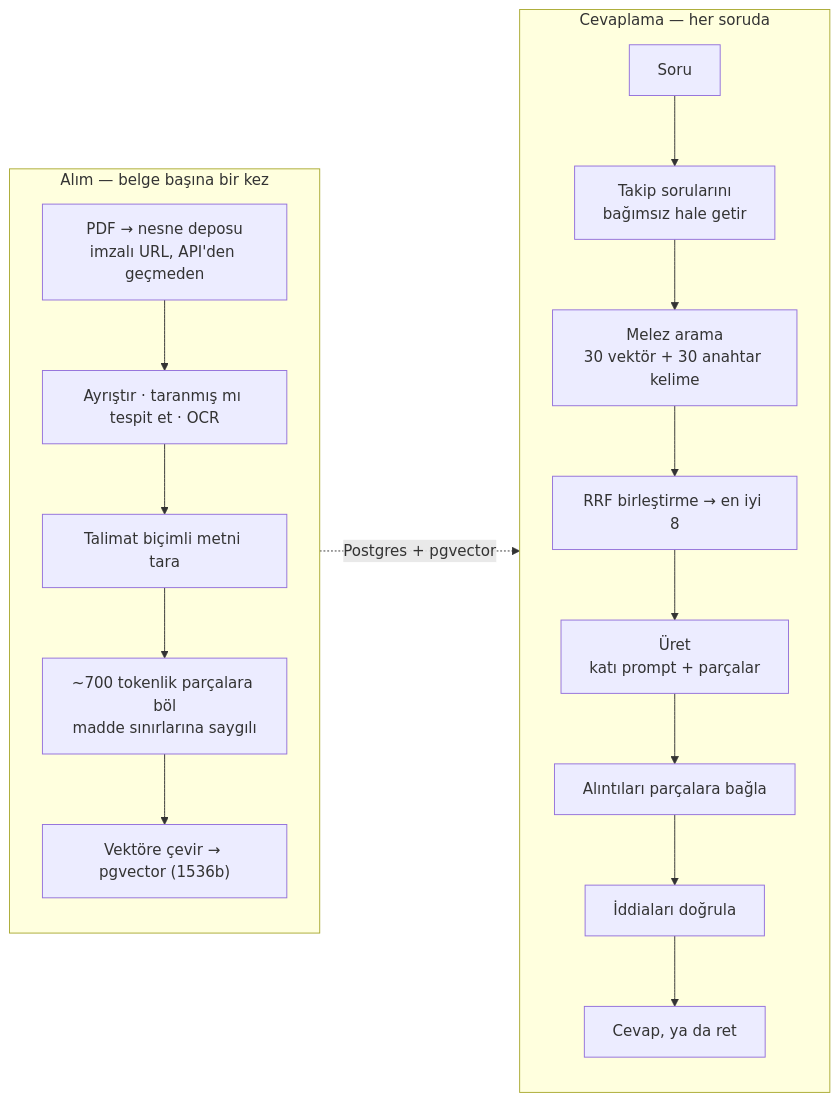
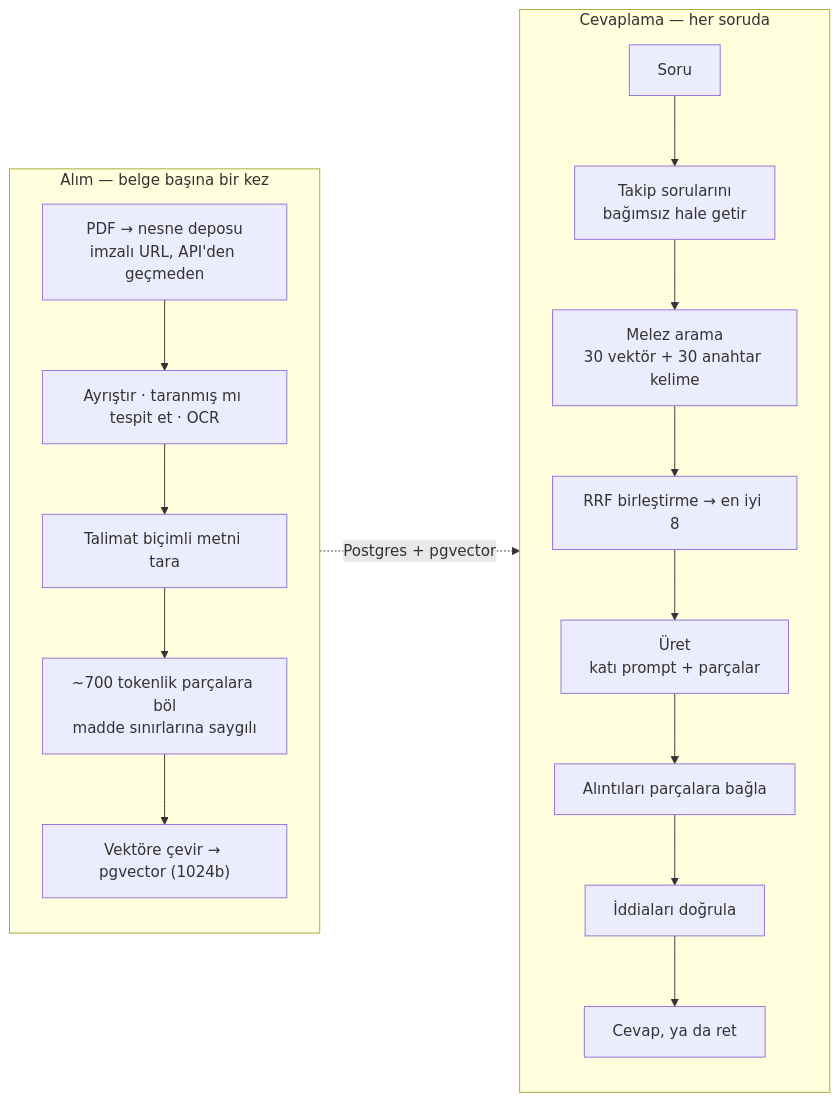
One commit to bilalgurkansanli/BioPolicy changed the second of 2 diagrams in README.md. Above: the diagram before and after it, drawn with Mermaid. The commit also changed other lines of this file, not shown here.

````diff
--- a/README.md
+++ b/README.md
@@ -497,24 +504,24 @@
 ```mermaid
 flowchart LR
   subgraph ingest["Alım — belge başına bir kez"]
     direction TB
     U["PDF → nesne deposu<br/>imzalı URL, API'den geçmeden"]
     U --> P["Ayrıştır · taranmış mı tespit et · OCR"]
     P --> S["Talimat biçimli metni tara"]
     S --> C["~700 tokenlik parçalara böl<br/>madde sınırlarına saygılı"]
-    C --> E["Vektöre çevir → pgvector (1536b)"]
+    C --> E["Vektöre çevir → pgvector (1024b)"]
   end
 
   subgraph ask["Cevaplama — her soruda"]
     direction TB
     Q["Soru"] --> RW["Takip sorularını<br/>bağımsız hale getir"]
     RW --> H["Melez arama<br/>30 vektör + 30 anahtar kelime"]
     H --> F["RRF birleştirme → en iyi 8"]
     F --> G["Üret<br/>katı prompt + parçalar"]
     G --> B["Alıntıları parçalara bağla"]
     B --> V["İddiaları doğrula"]
     V --> A["Cevap, ya da ret"]
   end
 
   E -.->|"Postgres + pgvector"| H
 ```
````
